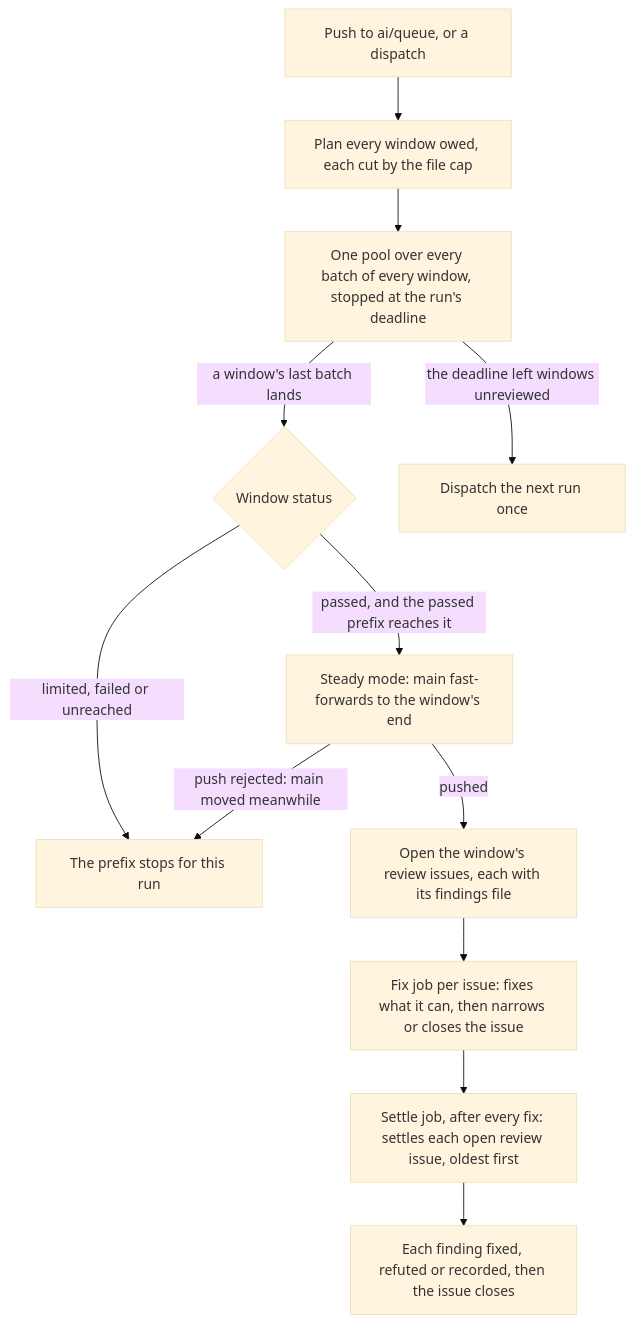
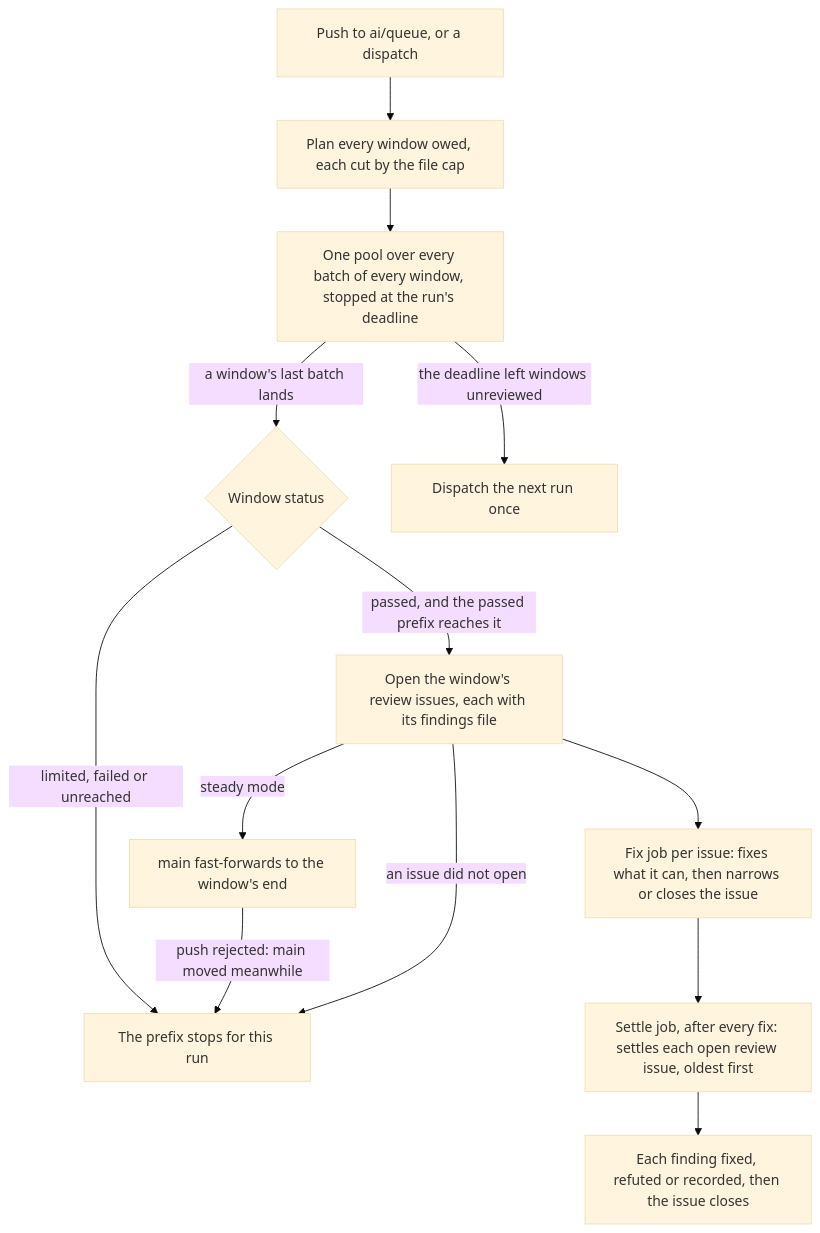
Before and after one commit to Esposter/Esposter: the diagram in apps/web/content/docs/infra/review.md, drawn with Mermaid (base theme). The commit also changed other lines of this file and 13 other files, not shown here.

````diff
--- a/apps/web/content/docs/infra/review.md
+++ b/apps/web/content/docs/infra/review.md
@@ -28,14 +28,15 @@
 ```mermaid
 flowchart TD
   T[Push to ai/queue, or a dispatch] --> P[Plan every window owed, each cut by the file cap]
   P --> POOL[One pool over every batch of every window, stopped at the run's deadline]
   POOL -->|a window's last batch lands| W{Window status}
-  W -->|passed, and the passed prefix reaches it| M[Steady mode: main fast-forwards to the window's end]
-  M -->|push rejected: main moved meanwhile| STOP[The prefix stops for this run]
-  M -->|pushed| I[Open the window's review issues, each with its findings file]
+  W -->|passed, and the passed prefix reaches it| I[Open the window's review issues, each with its findings file]
+  I -->|an issue did not open| STOP[The prefix stops for this run]
+  I -->|steady mode| M[main fast-forwards to the window's end]
+  M -->|push rejected: main moved meanwhile| STOP
   W -->|limited, failed or unreached| STOP
   POOL -->|the deadline left windows unreviewed| D[Dispatch the next run once]
   I --> FX[Fix job per issue: fixes what it can, then narrows or closes the issue]
   FX --> S[Settle job, after every fix: settles each open review issue, oldest first]
   S --> CL[Each finding fixed, refuted or recorded, then the issue closes]
 ```
````
